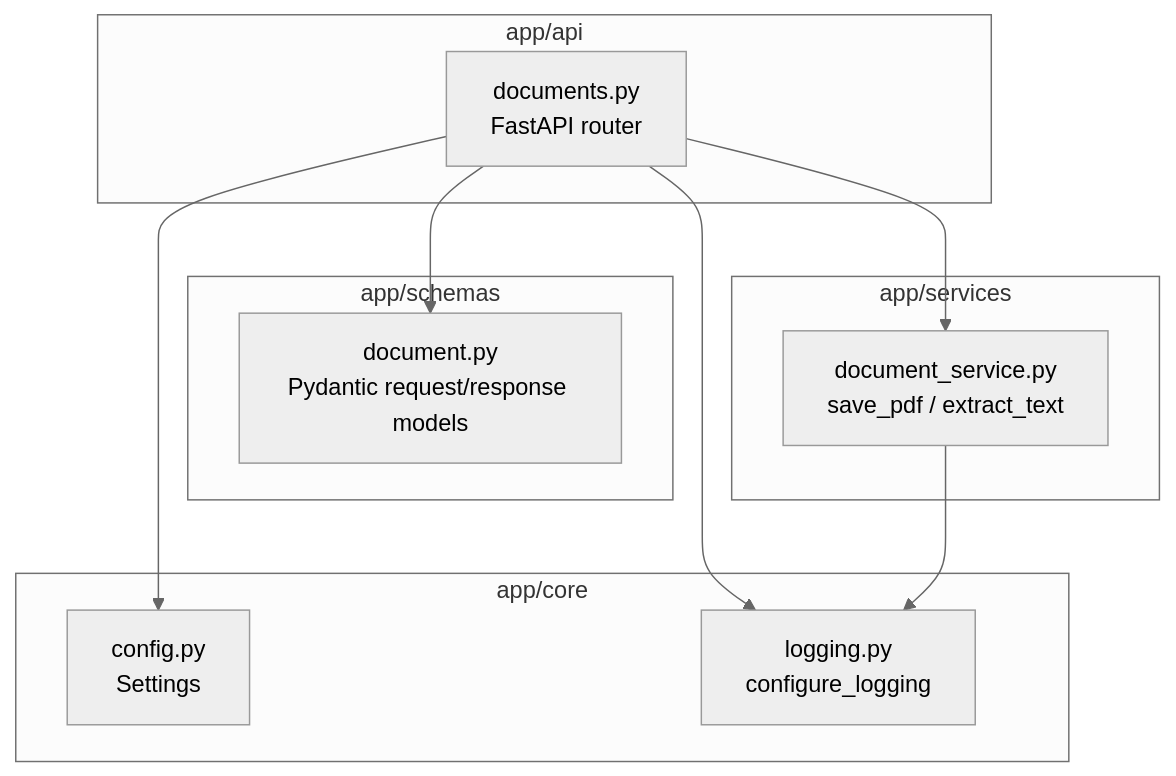
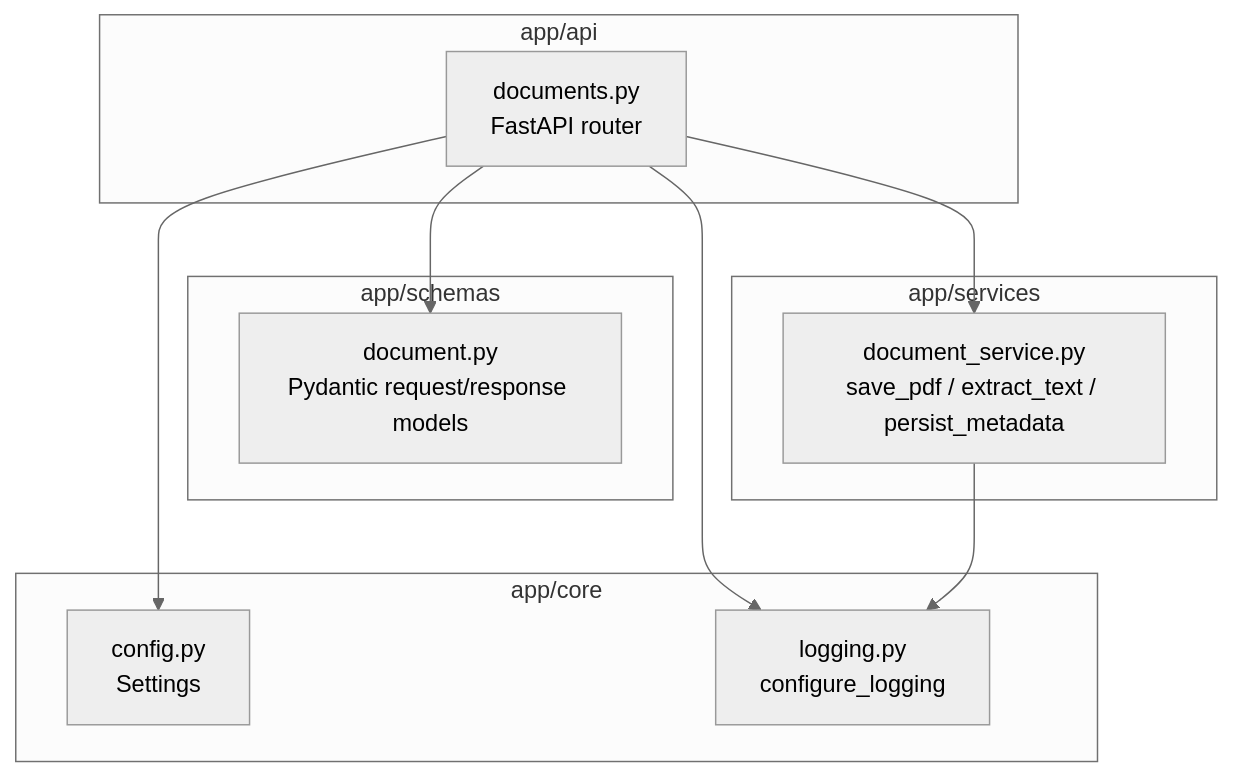
The first of 2 diagrams in docs/ARCHITECTURE.md (NavdeepTU/KnowledgeHub_AI), drawn with Mermaid (neutral theme) before and after one commit. The commit also changed other lines of this file and 4 other files, not shown here.

````diff
--- a/docs/ARCHITECTURE.md
+++ b/docs/ARCHITECTURE.md
@@ -14,25 +14,25 @@
 ```mermaid
 flowchart TD
     subgraph API["app/api"]
         documents["documents.py<br/>FastAPI router"]
     end
 
     subgraph Schemas["app/schemas"]
         schema["document.py<br/>Pydantic request/response models"]
     end
 
     subgraph Services["app/services"]
-        service["document_service.py<br/>save_pdf / extract_text"]
+        service["document_service.py<br/>save_pdf / extract_text / persist_metadata"]
     end
 
     subgraph Core["app/core"]
         config["config.py<br/>Settings"]
         logging_["logging.py<br/>configure_logging"]
     end
 
     documents --> schema
     documents --> service
     documents --> config
     documents --> logging_
     service --> logging_
 ```
````
